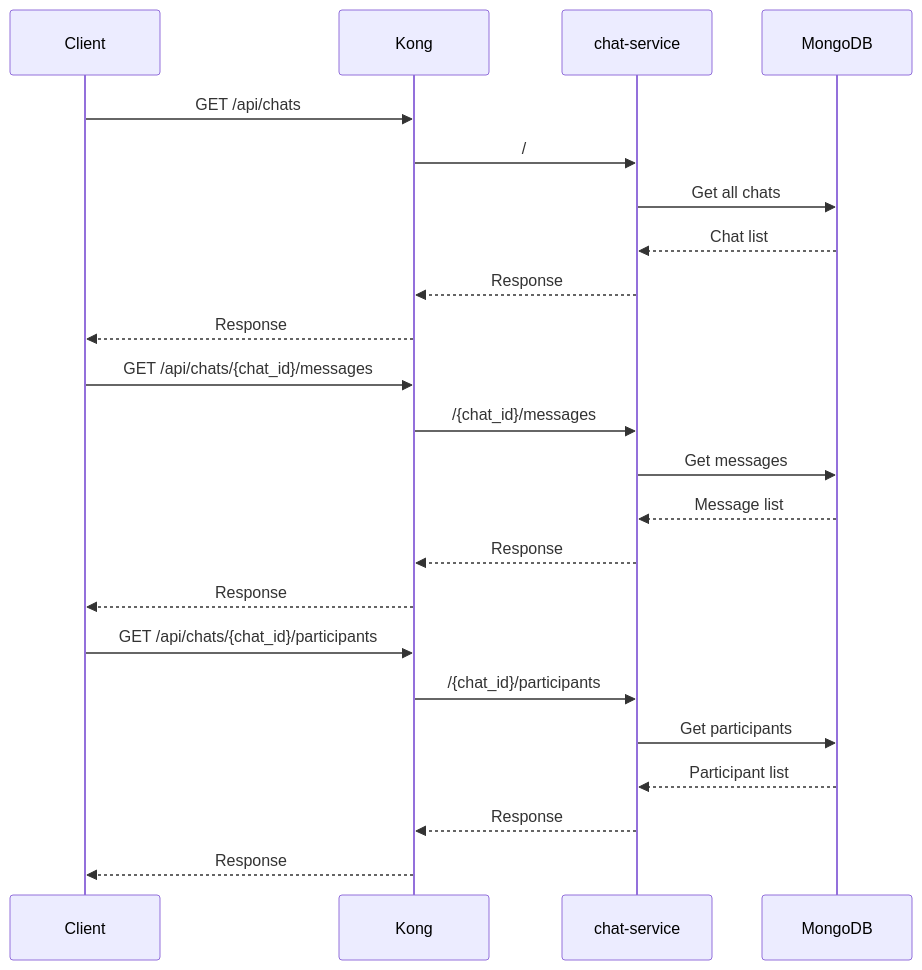
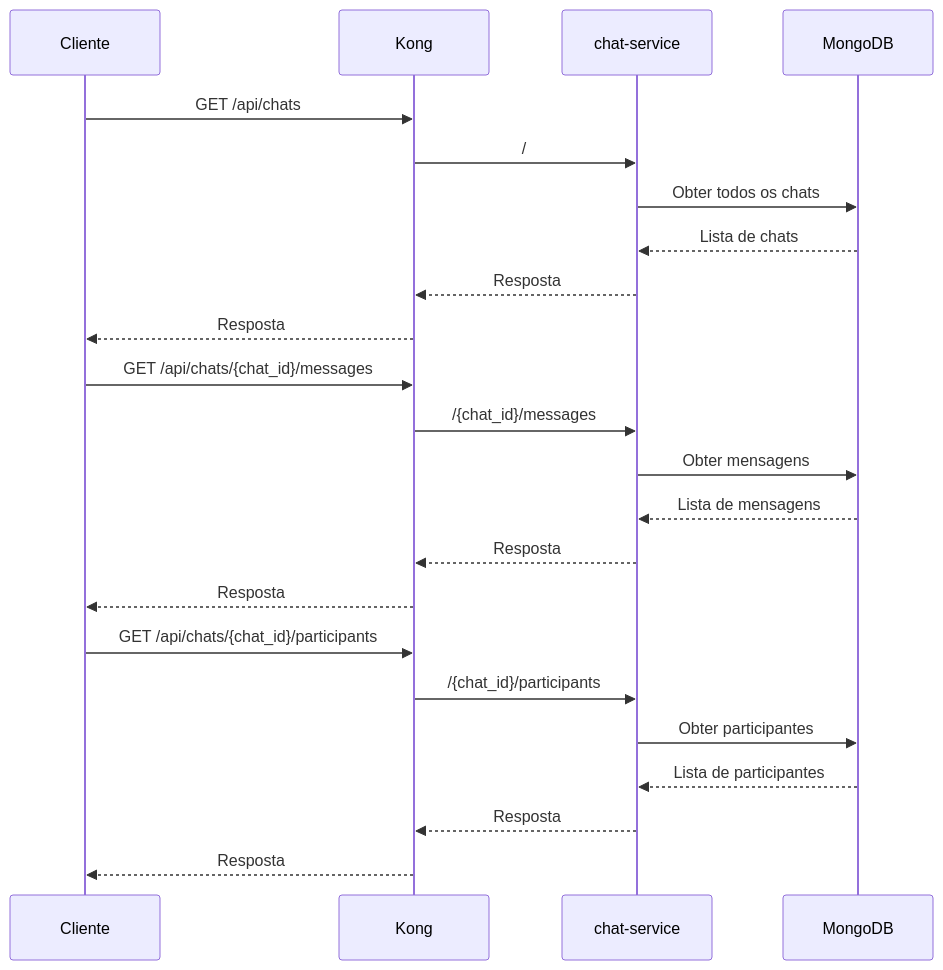
Before and after one commit to Thiagoldo/pos-unifametro-backend: diagram 15 of 16 in docs/diagrams.md, drawn with Mermaid. The commit also changed other lines of this file, not shown here.

Commit message:
docs: translate diagrams.md to portuguese

````diff
--- a/docs/diagrams.md
+++ b/docs/diagrams.md
@@ -264,28 +264,28 @@
 ```mermaid
 sequenceDiagram
-    participant Client
+    participant Cliente
     participant Kong
     participant chat-service
     participant MongoDB
 
-    Client->>Kong: GET /api/chats
+    Cliente->>Kong: GET /api/chats
     Kong->>chat-service: /
-    chat-service->>MongoDB: Get all chats
-    MongoDB-->>chat-service: Chat list
-    chat-service-->>Kong: Response
-    Kong-->>Client: Response
+    chat-service->>MongoDB: Obter todos os chats
+    MongoDB-->>chat-service: Lista de chats
+    chat-service-->>Kong: Resposta
+    Kong-->>Cliente: Resposta
 
-    Client->>Kong: GET /api/chats/{chat_id}/messages
+    Cliente->>Kong: GET /api/chats/{chat_id}/messages
     Kong->>chat-service: /{chat_id}/messages
-    chat-service->>MongoDB: Get messages
-    MongoDB-->>chat-service: Message list
-    chat-service-->>Kong: Response
-    Kong-->>Client: Response
+    chat-service->>MongoDB: Obter mensagens
+    MongoDB-->>chat-service: Lista de mensagens
+    chat-service-->>Kong: Resposta
+    Kong-->>Cliente: Resposta
 
-    Client->>Kong: GET /api/chats/{chat_id}/participants
+    Cliente->>Kong: GET /api/chats/{chat_id}/participants
     Kong->>chat-service: /{chat_id}/participants
-    chat-service->>MongoDB: Get participants
-    MongoDB-->>chat-service: Participant list
-    chat-service-->>Kong: Response
-    Kong-->>Client: Response
+    chat-service->>MongoDB: Obter participantes
+    MongoDB-->>chat-service: Lista de participantes
+    chat-service-->>Kong: Resposta
+    Kong-->>Cliente: Resposta
 ```
````
